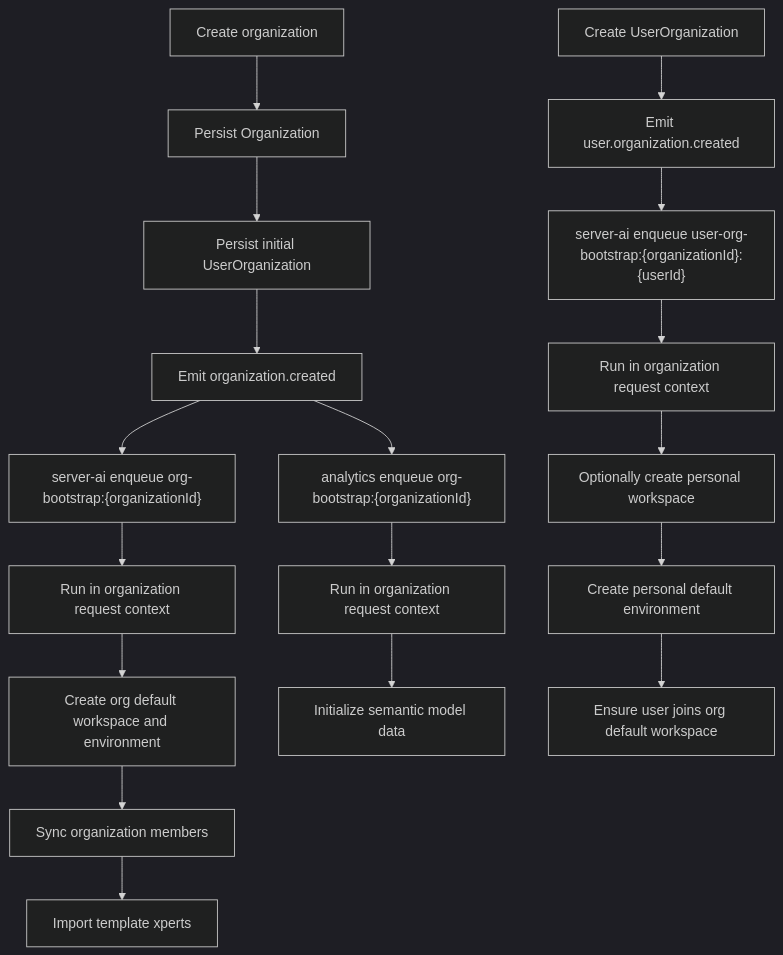
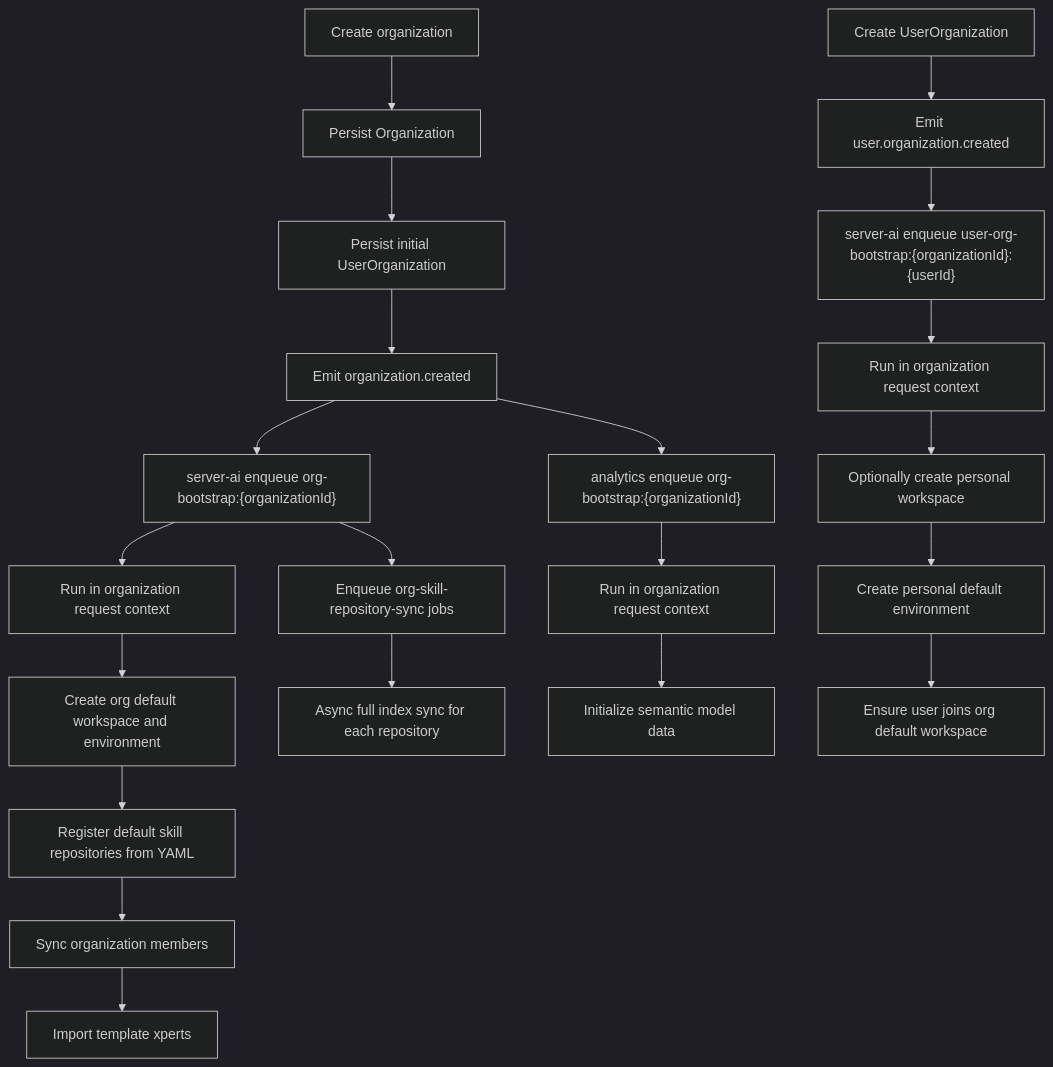
One commit to xpert-ai/xpert changed the diagram in docs/zh-hans/guides/organization-bootstrap.mdx. Above: the diagram before and after it, drawn with Mermaid (dark theme). The commit also changed other lines of this file and 28 other files, not shown here.

````diff
--- a/docs/zh-hans/guides/organization-bootstrap.mdx
+++ b/docs/zh-hans/guides/organization-bootstrap.mdx
@@ -114,21 +114,24 @@
 ```mermaid
 flowchart TD
   A["Create organization"] --> B["Persist Organization"]
   B --> C["Persist initial UserOrganization"]
   C --> D["Emit organization.created"]
   D --> E["server-ai enqueue org-bootstrap:{organizationId}"]
   D --> F["analytics enqueue org-bootstrap:{organizationId}"]
   E --> G["Run in organization request context"]
   F --> H["Run in organization request context"]
   G --> I["Create org default workspace and environment"]
-  I --> J["Sync organization members"]
-  J --> K["Import template xperts"]
-  H --> L["Initialize semantic model data"]
+  I --> J["Register default skill repositories from YAML"]
+  J --> K["Sync organization members"]
+  K --> L["Import template xperts"]
+  E --> M["Enqueue org-skill-repository-sync jobs"]
+  M --> N["Async full index sync for each repository"]
+  H --> O["Initialize semantic model data"]
 
-  M["Create UserOrganization"] --> N["Emit user.organization.created"]
-  N --> O["server-ai enqueue user-org-bootstrap:{organizationId}:{userId}"]
-  O --> P["Run in organization request context"]
-  P --> Q["Optionally create personal workspace"]
-  Q --> R["Create personal default environment"]
-  R --> S["Ensure user joins org default workspace"]
+  P["Create UserOrganization"] --> Q["Emit user.organization.created"]
+  Q --> R["server-ai enqueue user-org-bootstrap:{organizationId}:{userId}"]
+  R --> S["Run in organization request context"]
+  S --> T["Optionally create personal workspace"]
+  T --> U["Create personal default environment"]
+  U --> V["Ensure user joins org default workspace"]
 ```
````
